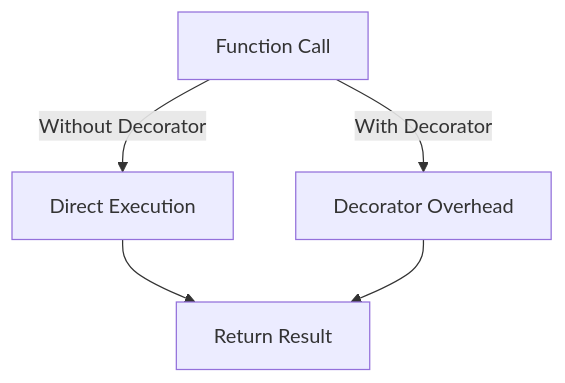
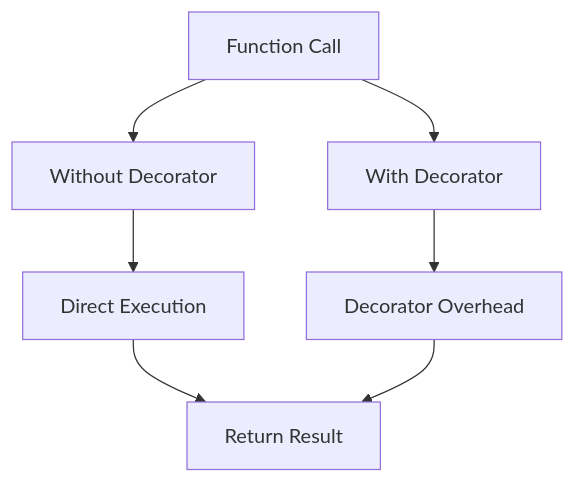
One commit to 42jerrykim/42jerrykim.github.io changed diagram 13 of 16 in content/post/2024/2024-10-17-python-decorator/index.md. Above: the diagram before and after it, drawn with Mermaid. The commit also changed other lines of this file and 239 other files, not shown here.

````diff
--- a/content/post/2024/2024-10-17-python-decorator/index.md
+++ b/content/post/2024/2024-10-17-python-decorator/index.md
@@ -872,7 +697,15 @@
 ```mermaid
-graph TD;
-    A[Function Call] -->|Without Decorator| B[Direct Execution]
-    A -->|With Decorator| C[Decorator Overhead]
-    B --> D[Return Result]
-    C --> D
+graph TD
+    FuncCall["Function Call"]
+    WithoutDec["Without Decorator"]
+    WithDec["With Decorator"]
+    DirectExec["Direct Execution"]
+    DecOverhead["Decorator Overhead"]
+    ReturnResult["Return Result"]
+    FuncCall --> WithoutDec
+    FuncCall --> WithDec
+    WithoutDec --> DirectExec
+    WithDec --> DecOverhead
+    DirectExec --> ReturnResult
+    DecOverhead --> ReturnResult
 ```
````
